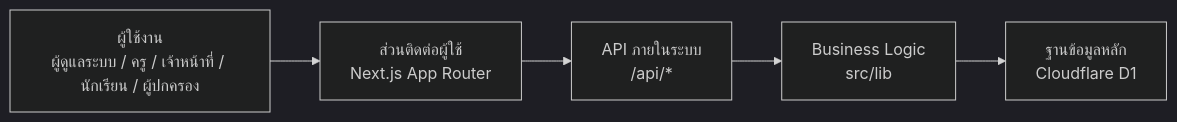
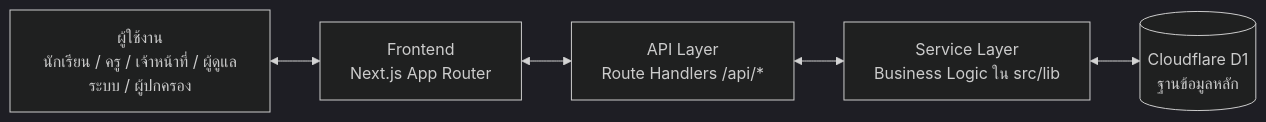
Before and after one commit to cboontact/doitg2026: the first of 20 diagrams in README.md, drawn with Mermaid (dark theme). The commit also changed other lines of this file, not shown here.

````diff
--- a/README.md
+++ b/README.md
@@ -163,13 +163,13 @@
 ```mermaid
 flowchart LR
-    U["ผู้ใช้งาน<br/>ผู้ดูแลระบบ / ครู / เจ้าหน้าที่ / นักเรียน / ผู้ปกครอง"]
-    F["ส่วนติดต่อผู้ใช้<br/>Next.js App Router"]
-    A["API ภายในระบบ<br/>/api/*"]
-    B["Business Logic<br/>src/lib"]
-    D["ฐานข้อมูลหลัก<br/>Cloudflare D1"]
+    U["ผู้ใช้งาน<br/>นักเรียน / ครู / เจ้าหน้าที่ / ผู้ดูแลระบบ / ผู้ปกครอง"]
+    F["Frontend<br/>Next.js App Router"]
+    A["API Layer<br/>Route Handlers /api/*"]
+    S["Service Layer<br/>Business Logic ใน src/lib"]
+    D[("Cloudflare D1<br/>ฐานข้อมูลหลัก")]
 
-    U --> F
-    F --> A
-    A --> B
-    B --> D
+    U <--> F
+    F <--> A
+    A <--> S
+    S <--> D
 ```
````
